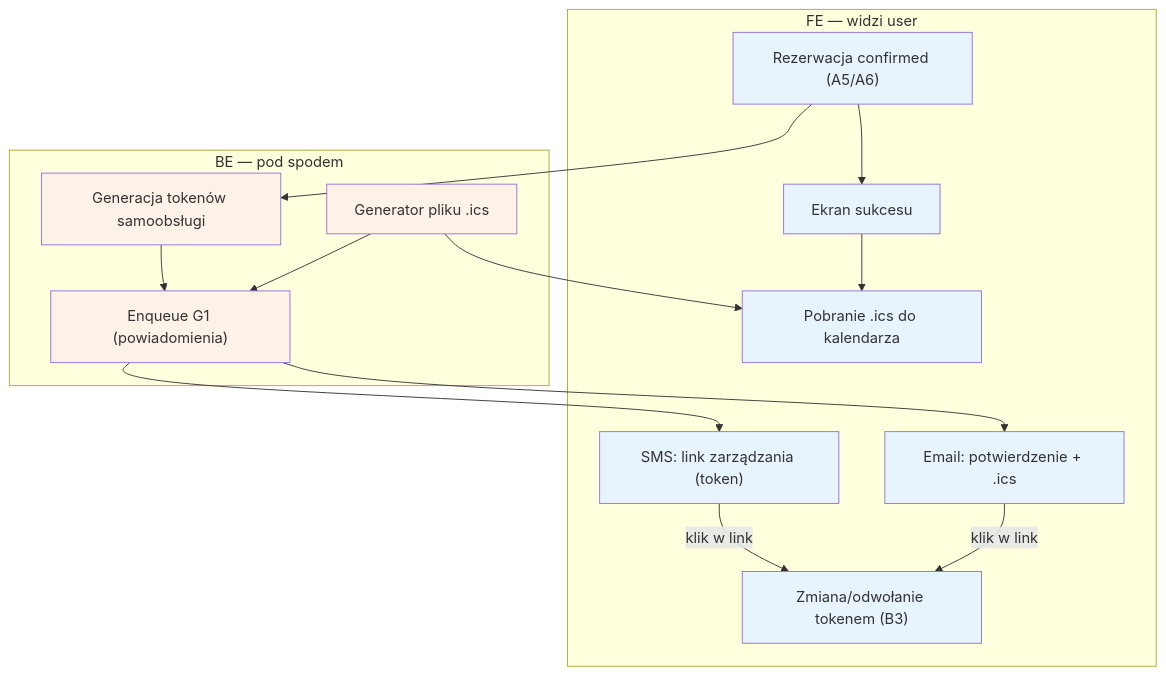
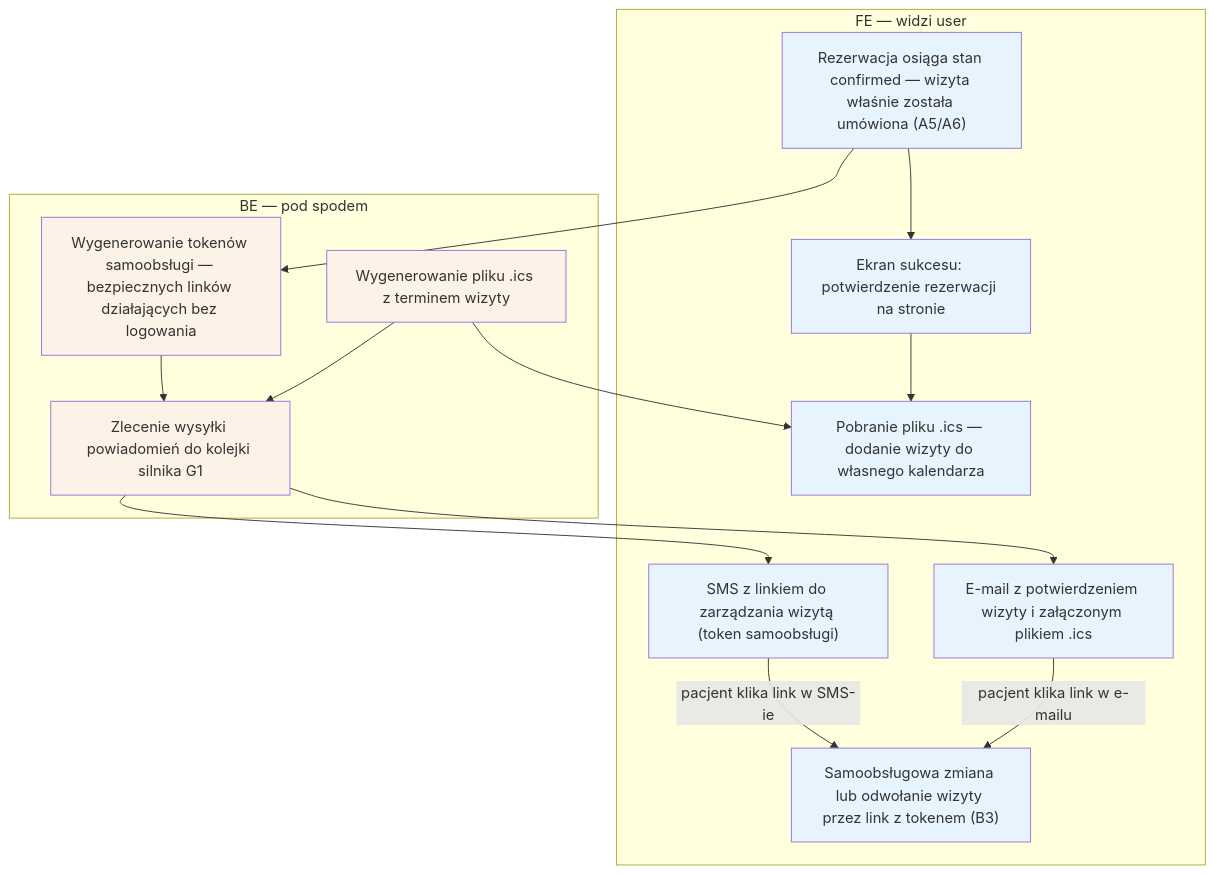
Before and after one commit to QooperBoy/medivo_portal: the diagram in diagrams/a-pacjent-public/a7-potwierdzenie.md, drawn with Mermaid. The commit also changed other lines of this file and 47 other files, not shown here.

First line of the commit message:
czytelnosc: pelne etykiety + sekcje Aktorzy i Objasnienie blokow (23 diagramy)

````diff
--- a/diagrams/a-pacjent-public/a7-potwierdzenie.md
+++ b/diagrams/a-pacjent-public/a7-potwierdzenie.md
@@ -3,33 +3,33 @@
 ```mermaid
 flowchart TD
     subgraph FE["FE — widzi user"]
-        WEJSCIE["Rezerwacja confirmed (A5/A6)"]
-        SUKCES["Ekran sukcesu"]
-        ICSFE["Pobranie .ics do kalendarza"]
-        EMAIL["Email: potwierdzenie + .ics"]
-        SMS["SMS: link zarządzania (token)"]
-        B3LINK["Zmiana/odwołanie tokenem (B3)"]
+        WEJSCIE["Rezerwacja osiąga stan confirmed — wizyta właśnie została umówiona (A5/A6)"]
+        SUKCES["Ekran sukcesu: potwierdzenie rezerwacji na stronie"]
+        ICSFE["Pobranie pliku .ics — dodanie wizyty do własnego kalendarza"]
+        EMAIL["E-mail z potwierdzeniem wizyty i załączonym plikiem .ics"]
+        SMS["SMS z linkiem do zarządzania wizytą (token samoobsługi)"]
+        B3LINK["Samoobsługowa zmiana lub odwołanie wizyty przez link z tokenem (B3)"]
     end
 
     subgraph BE["BE — pod spodem"]
-        TOKENY["Generacja tokenów samoobsługi"]
-        ICSGEN["Generator pliku .ics"]
-        ENQUEUE["Enqueue G1 (powiadomienia)"]
+        TOKENY["Wygenerowanie tokenów samoobsługi — bezpiecznych linków działających bez logowania"]
+        ICSGEN["Wygenerowanie pliku .ics z terminem wizyty"]
+        ENQUEUE["Zlecenie wysyłki powiadomień do kolejki silnika G1"]
     end
 
     WEJSCIE --> SUKCES
     WEJSCIE --> TOKENY
     TOKENY --> ENQUEUE
     ICSGEN --> ENQUEUE
     ICSGEN --> ICSFE
     SUKCES --> ICSFE
     ENQUEUE --> EMAIL
     ENQUEUE --> SMS
-    SMS -->|"klik w link"| B3LINK
-    EMAIL -->|"klik w link"| B3LINK
+    SMS -->|"pacjent klika link w SMS-ie"| B3LINK
+    EMAIL -->|"pacjent klika link w e-mailu"| B3LINK
 
     classDef fe fill:#e8f4fd
     classDef be fill:#fdf2e8
     class WEJSCIE,SUKCES,ICSFE,EMAIL,SMS,B3LINK fe
     class TOKENY,ICSGEN,ENQUEUE be
 ```
````
